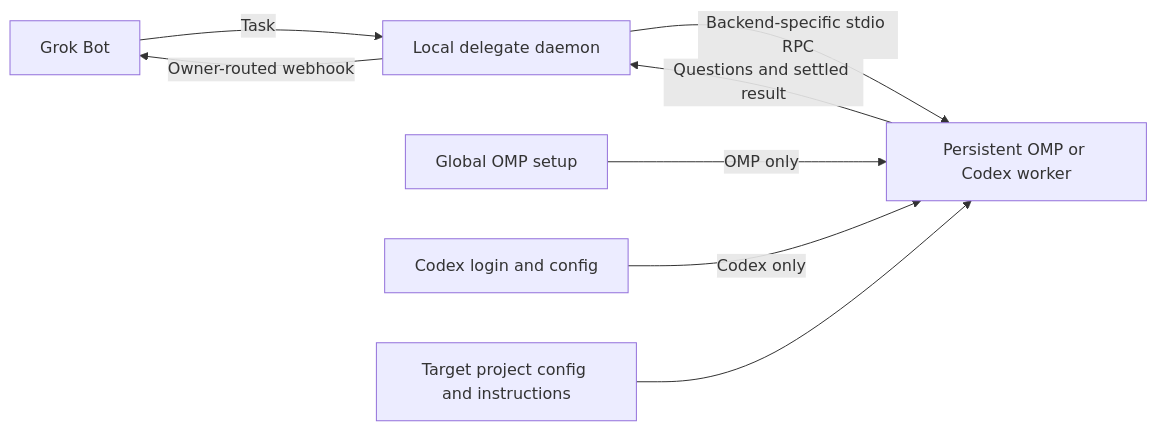
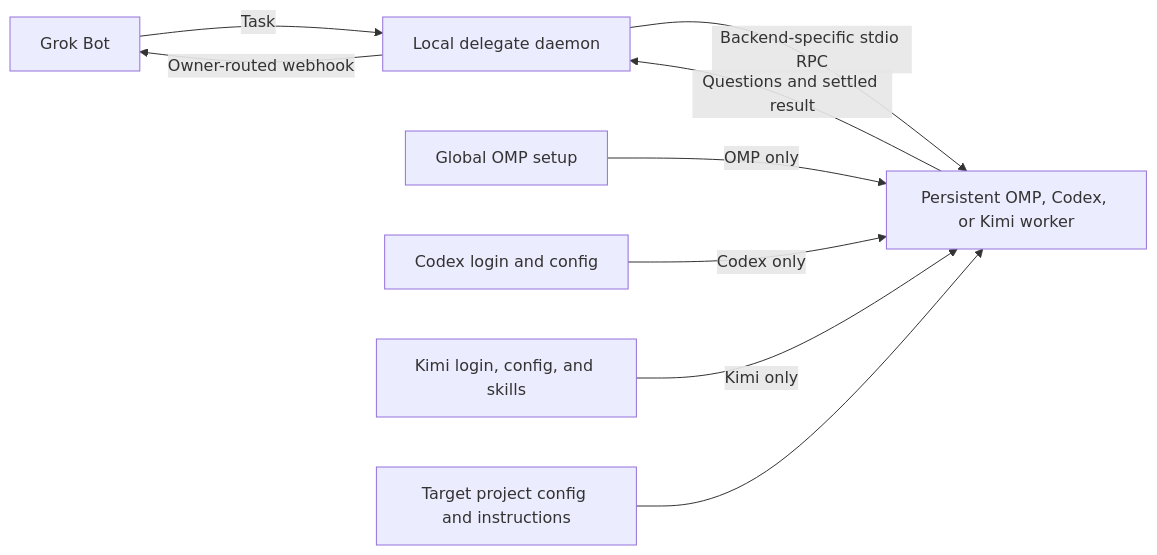
The diagram in README.md (solomonyan/bot-omp-delegate), drawn with Mermaid before and after one commit. The commit also changed other lines of this file and 8 other files, not shown here.

First line of the commit message:
feat: add persistent Kimi ACP backend (#10)

````diff
--- a/README.md
+++ b/README.md
@@ -52,10 +53,11 @@
 ```mermaid
 flowchart LR
     A[Grok Bot] -->|Task| B[Local delegate daemon]
-    B -->|Backend-specific stdio RPC| C[Persistent OMP or Codex worker]
+    B[Local delegate daemon] -->|Backend-specific stdio RPC| C[Persistent OMP, Codex, or Kimi worker]
     D[Global OMP setup] -->|OMP only| C
     F[Codex login and config] -->|Codex only| C
+    G[Kimi login, config, and skills] -->|Kimi only| C
     E[Target project config and instructions] --> C
     C -->|Questions and settled result| B
     B -->|Owner-routed webhook| A
 ```
````
